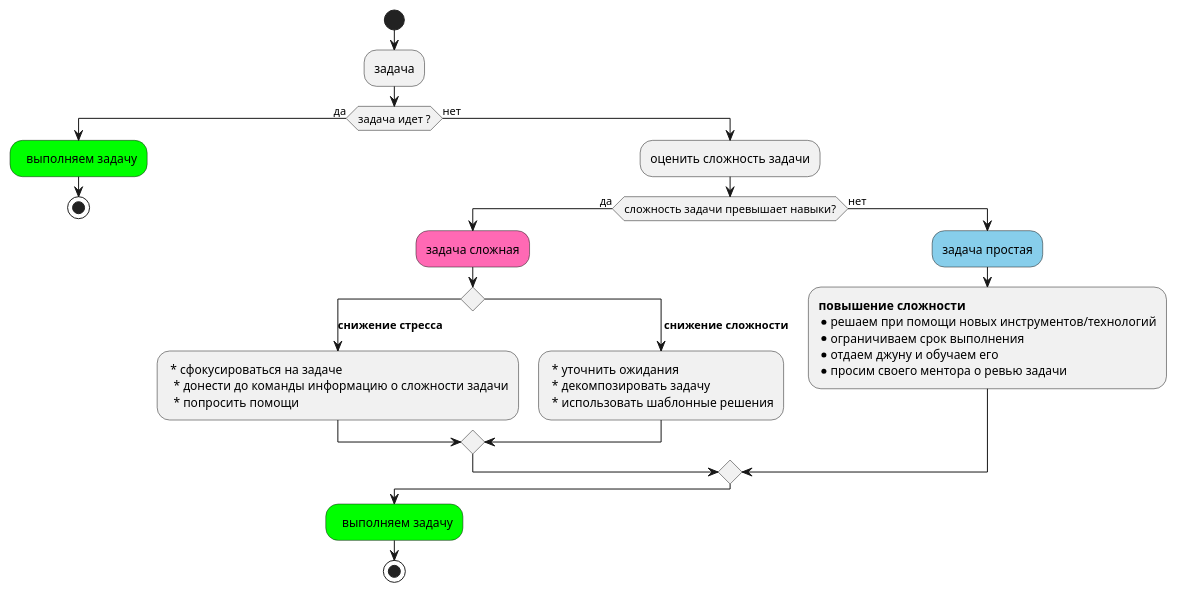
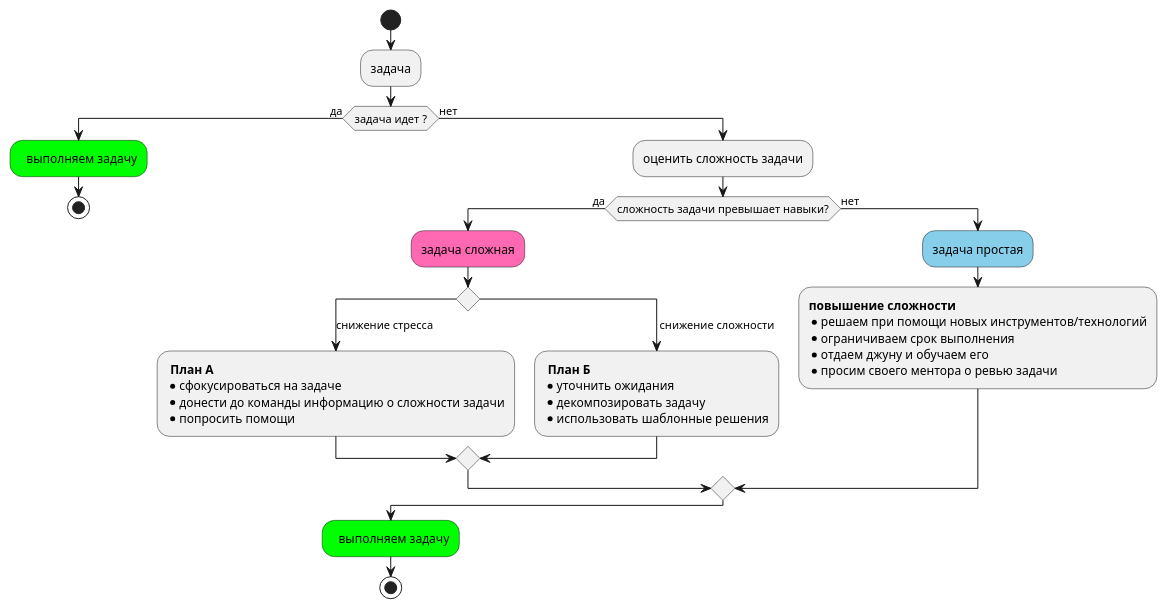
Before and after one commit to nataguseva/PRO_IT_FEST_2024: the diagram in src/slide_6.puml, drawn with PlantUML. The commit also changed 2 other files, not shown here.

```diff
--- a/src/slide_6.puml
+++ b/src/slide_6.puml
@@ -1,40 +1,42 @@
 @startuml
 'https://plantuml.com/activity-diagram-beta
 skinparam wrapWidth 480
 skinparam defaulttextalignment left
 
 start
 :задача;
 if (задача идет ?) is (да) then
  #lime :  выполняем задачу;
   stop
 else (нет)
   :оценить сложность задачи;
   if (сложность задачи превышает навыки?) is (да) then
   #hotpink  :задача сложная;
  switch (  )
-  case (**снижение стресса** )
-    : * сфокусироваться на задаче
-      * донести до команды информацию о сложности задачи
-      * попросить помощи;
-  case ( **снижение сложности** )
-    : * уточнить ожидания
-     * декомпозировать задачу
-     * использовать шаблонные решения;
+  case (снижение стресса )
+    : **План А**
+    * сфокусироваться на задаче
+    * донести до команды информацию о сложности задачи
+    * попросить помощи;
+  case ( снижение сложности )
+    : **План Б**
+    * уточнить ожидания
+    * декомпозировать задачу
+    * использовать шаблонные решения;
 
   endswitch
 
  else (нет)
    #skyblue :задача простая;
    :**повышение сложности**
    * решаем при помощи новых инструментов/технологий
    * ограничиваем срок выполнения
    * отдаем джуну и обучаем его
    * просим своего ментора о ревью задачи;
   endif
 endif
  #lime :  выполняем задачу;
 
 stop
 
 @enduml
```
